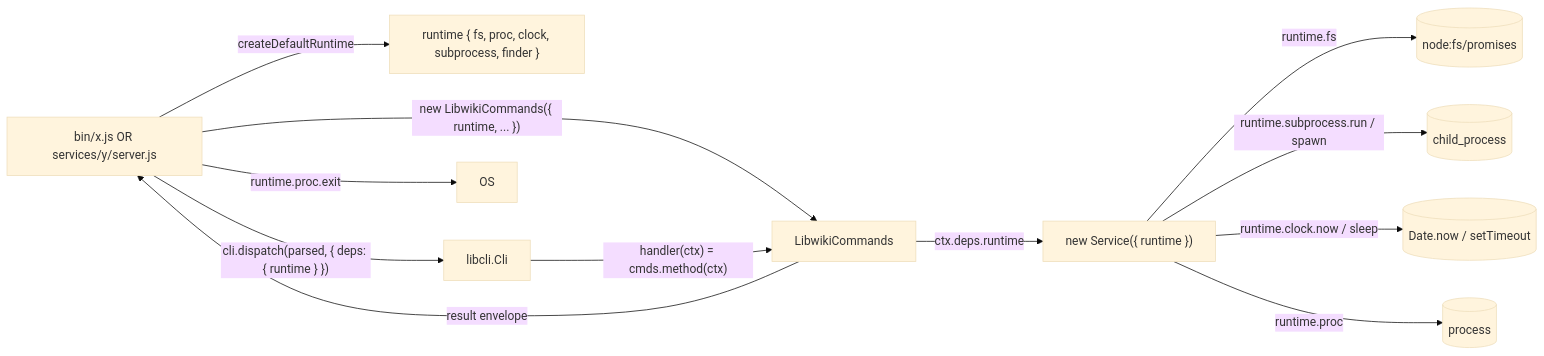
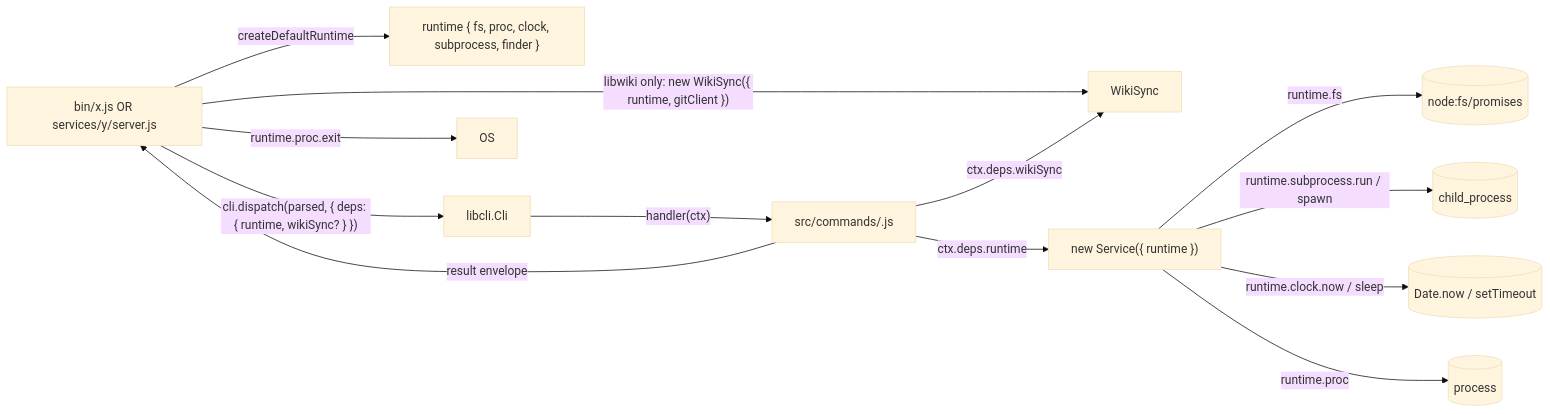
Before and after one commit to forwardimpact/monorepo: the diagram in specs/1370-ambient-dependencies-to-injected-collaborators/design-a.md, drawn with Mermaid (base theme). The commit also changed other lines of this file and 4 other files, not shown here.

````diff
--- a/specs/1370-ambient-dependencies-to-injected-collaborators/design-a.md
+++ b/specs/1370-ambient-dependencies-to-injected-collaborators/design-a.md
@@ -40,14 +41,15 @@
 ```mermaid
 flowchart LR
   entry["bin/x.js OR services/y/server.js"] -->|createDefaultRuntime| rt["runtime { fs, proc, clock, subprocess, finder }"]
-  entry -->|"new LibwikiCommands({ runtime, ... })"| cmds["LibwikiCommands"]
-  entry -->|"cli.dispatch(parsed, { deps: { runtime } })"| cli["libcli.Cli"]
-  cli -->|"handler(ctx) = cmds.method(ctx)"| cmds
-  cmds -->|ctx.deps.runtime| domain["new Service({ runtime })"]
+  entry -->|"libwiki only: new WikiSync({ runtime, gitClient })"| ws["WikiSync"]
+  entry -->|"cli.dispatch(parsed, { deps: { runtime, wikiSync? } })"| cli["libcli.Cli"]
+  cli -->|"handler(ctx)"| handler["src/commands/<name>.js"]
+  handler -->|ctx.deps.runtime| domain["new Service({ runtime })"]
+  handler -->|ctx.deps.wikiSync| ws
   domain -->|runtime.fs| fs[("node:fs/promises")]
   domain -->|runtime.subprocess.run / spawn| sp[("child_process")]
   domain -->|runtime.clock.now / sleep| clk[("Date.now / setTimeout")]
   domain -->|runtime.proc| pr[("process")]
-  cmds -->|"result envelope"| entry
+  handler -->|"result envelope"| entry
   entry -->|runtime.proc.exit| exit["OS"]
 ```
````
